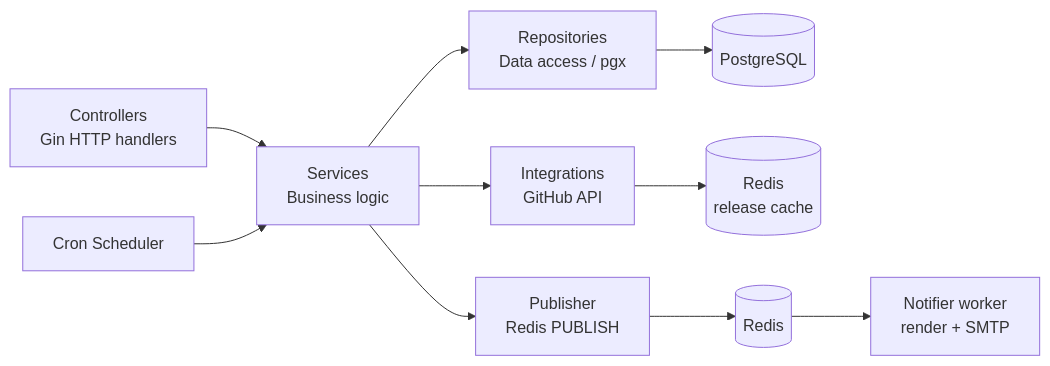
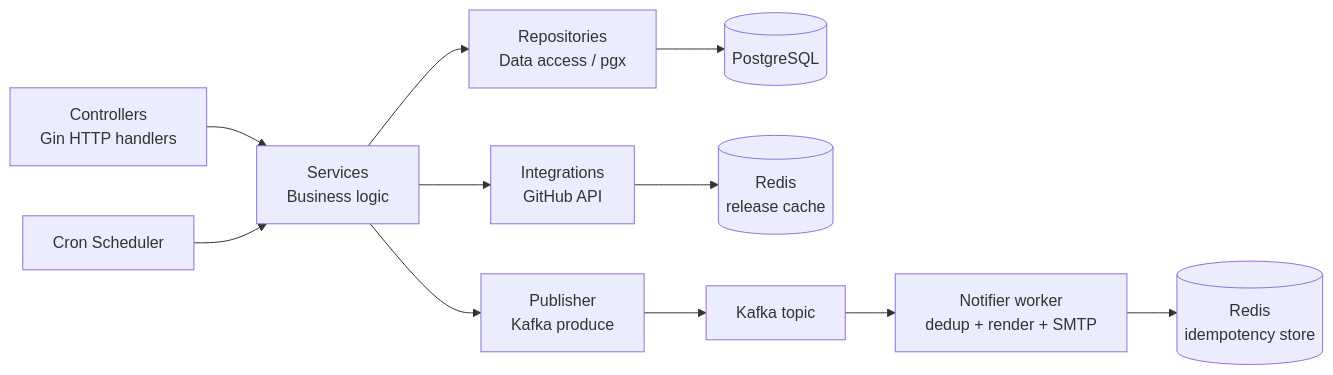
Before and after one commit to GenesisEducationKyiv/software-engineering-school-6-0-vanyatemno: the fourth of 4 diagrams in README.md, drawn with Mermaid. The commit also changed other lines of this file and 5 other files, not shown here.

````diff
--- a/README.md
+++ b/README.md
@@ -452,12 +460,13 @@
 ```mermaid
 graph LR
     A[Controllers<br/>Gin HTTP handlers] --> B[Services<br/>Business logic]
     B --> C[Repositories<br/>Data access / pgx]
     C --> D[(PostgreSQL)]
     B --> E[Integrations<br/>GitHub API]
     E --> H[(Redis<br/>release cache)]
-    B --> F[Publisher<br/>Redis PUBLISH]
+    B --> F[Publisher<br/>Kafka produce]
     G[Cron Scheduler] --> B
-    F --> R[(Redis)]
-    R --> W[Notifier worker<br/>render + SMTP]
+    F --> K[Kafka topic]
+    K --> W[Notifier worker<br/>dedup + render + SMTP]
+    W --> RD[(Redis<br/>idempotency store)]
 ```
````
